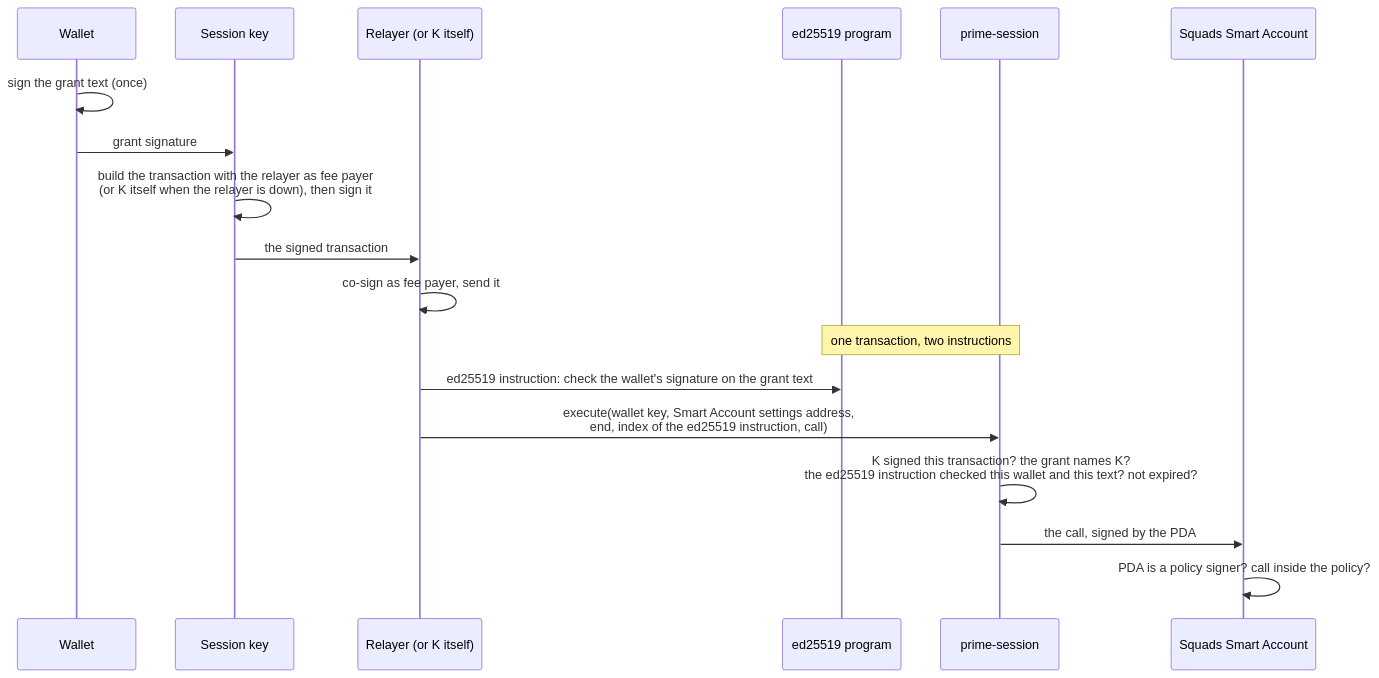
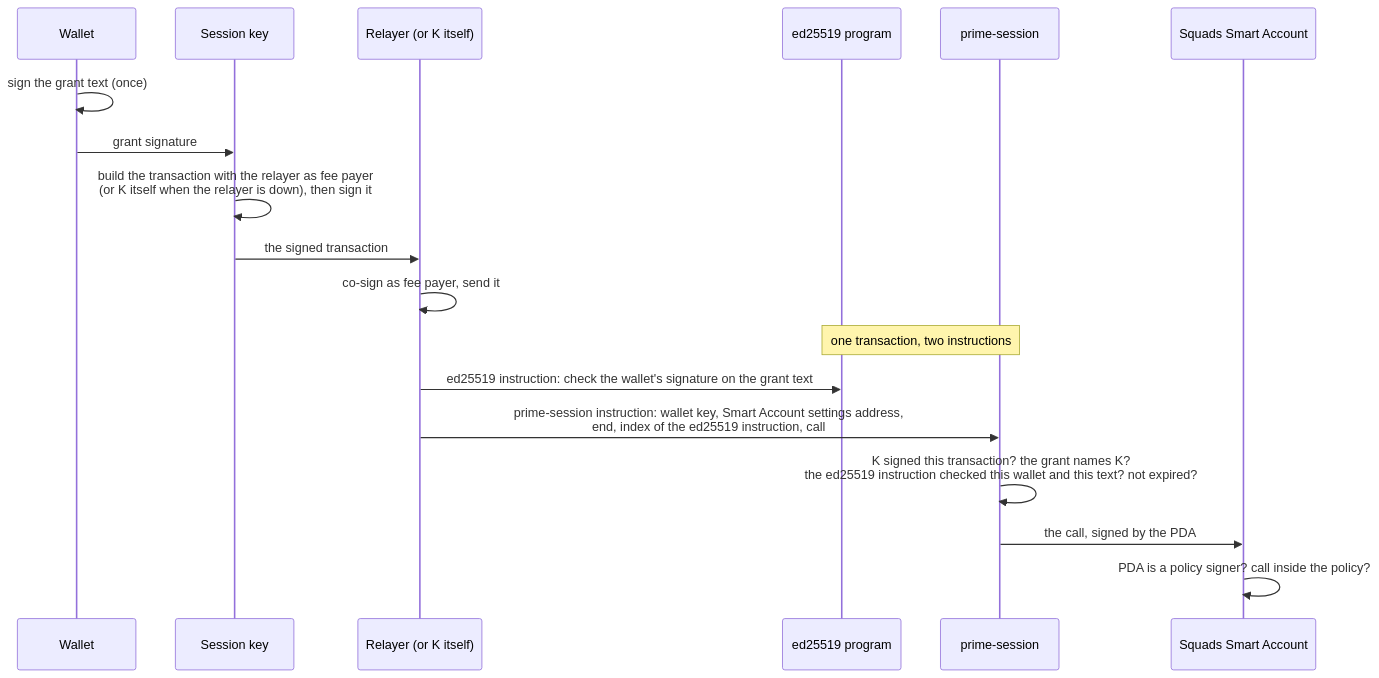
Before and after one commit to untangledfinance/oz-policy-builder: the sixth of 7 diagrams in contracts/session-signer/ARCHITECTURE.md, drawn with Mermaid. The commit also changed other lines of this file and 24 other files, not shown here.

````diff
--- a/contracts/session-signer/ARCHITECTURE.md
+++ b/contracts/session-signer/ARCHITECTURE.md
@@ -268,20 +268,20 @@
 ```mermaid
 sequenceDiagram
   participant W as Wallet
   participant K as Session key
   participant R as Relayer (or K itself)
   participant E as ed25519 program
   participant P as prime-session
   participant SA as Squads Smart Account
   W->>W: sign the grant text (once)
   W->>K: grant signature
   K->>K: build the transaction with the relayer as fee payer<br/>(or K itself when the relayer is down), then sign it
   K->>R: the signed transaction
   R->>R: co-sign as fee payer, send it
   Note over E,P: one transaction, two instructions
   R->>E: ed25519 instruction: check the wallet's signature on the grant text
-  R->>P: execute(wallet key, Smart Account settings address,<br/>end, index of the ed25519 instruction, call)
+  R->>P: prime-session instruction: wallet key, Smart Account settings address,<br/>end, index of the ed25519 instruction, call
   P->>P: K signed this transaction? the grant names K?<br/>the ed25519 instruction checked this wallet and this text? not expired?
   P->>SA: the call, signed by the PDA
   SA->>SA: PDA is a policy signer? call inside the policy?
 ```
````
